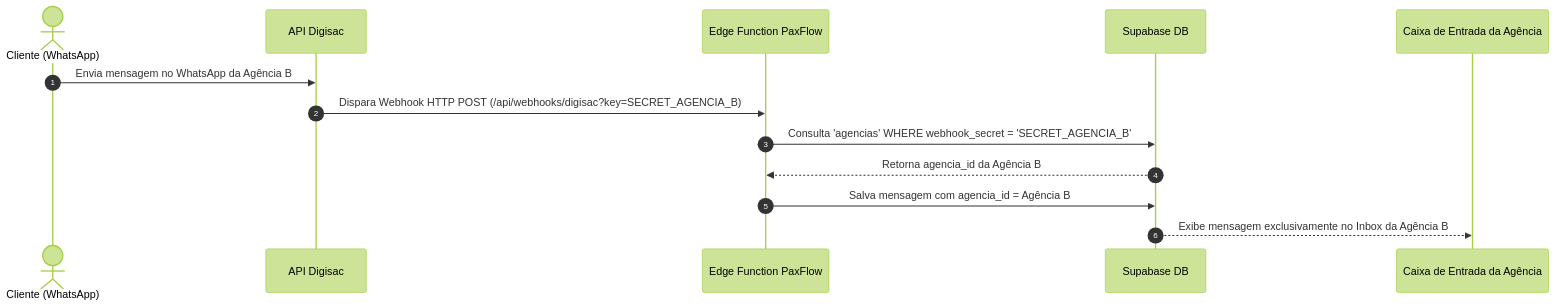
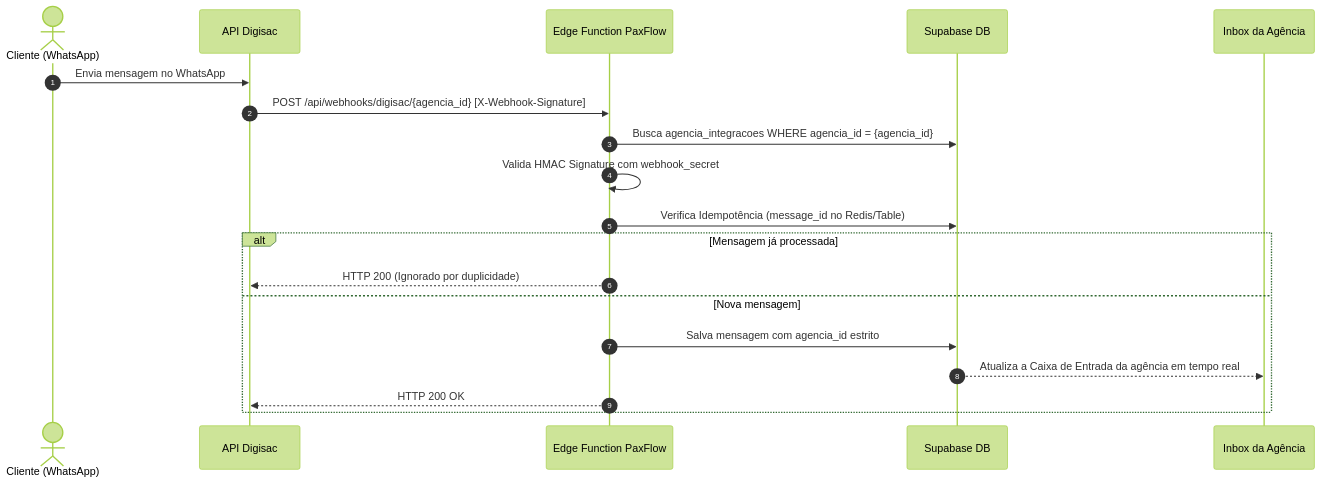
The second of 3 diagrams in docs/MultiTenant_Plano.md (curupaco/PaxFlow), drawn with Mermaid (forest theme) before and after one commit. The commit also changed other lines of this file, not shown here.

Commit message:
docs: refine multi-tenant architectural specification with updated database schema and security principles

````diff
--- a/docs/MultiTenant_Plano.md
+++ b/docs/MultiTenant_Plano.md
@@ -176,16 +177,22 @@
 ```mermaid
 sequenceDiagram
     autonumber
     actor Cliente as Cliente (WhatsApp)
     participant Digisac as API Digisac
     participant Webhook as Edge Function PaxFlow
     participant DB as Supabase DB
-    participant Inbox as Caixa de Entrada da Agência
+    participant Inbox as Inbox da Agência
 
-    Cliente->>Digisac: Envia mensagem no WhatsApp da Agência B
-    Digisac->>Webhook: Dispara Webhook HTTP POST (/api/webhooks/digisac?key=SECRET_AGENCIA_B)
-    Webhook->>DB: Consulta 'agencias' WHERE webhook_secret = 'SECRET_AGENCIA_B'
-    DB-->>Webhook: Retorna agencia_id da Agência B
-    Webhook->>DB: Salva mensagem com agencia_id = Agência B
-    DB-->>Inbox: Exibe mensagem exclusivamente no Inbox da Agência B
+    Cliente->>Digisac: Envia mensagem no WhatsApp
+    Digisac->>Webhook: POST /api/webhooks/digisac/{agencia_id} [X-Webhook-Signature]
+    Webhook->>DB: Busca agencia_integracoes WHERE agencia_id = {agencia_id}
+    Webhook->>Webhook: Valida HMAC Signature com webhook_secret
+    Webhook->>DB: Verifica Idempotência (message_id no Redis/Table)
+    alt Mensagem já processada
+        Webhook-->>Digisac: HTTP 200 (Ignorado por duplicidade)
+    else Nova mensagem
+        Webhook->>DB: Salva mensagem com agencia_id estrito
+        DB-->>Inbox: Atualiza a Caixa de Entrada da agência em tempo real
+        Webhook-->>Digisac: HTTP 200 OK
+    end
 ```
````
